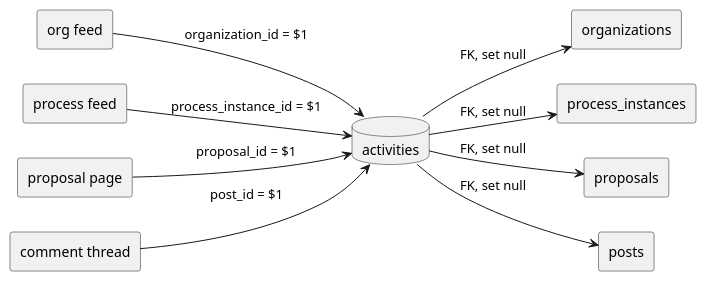
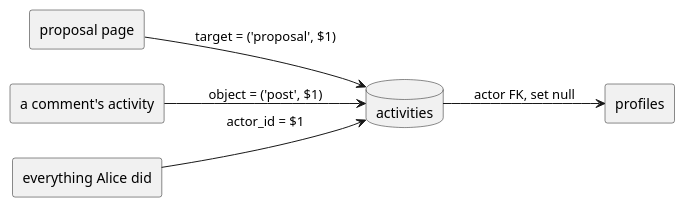
The second of 2 diagrams in notifications/proposal-comment-stack.md (oneprojectorg/technical-presentations), drawn with PlantUML before and after one commit. The commit also changed other lines of this file, not shown here.

First line of the commit message:
Rework the scaling section around the activity-streams shape

````diff
--- a/notifications/proposal-comment-stack.md
+++ b/notifications/proposal-comment-stack.md
@@ -418,22 +420,14 @@
 ```plantuml
 @startuml
 left to right direction
-rectangle "org feed" as OF
-rectangle "process feed" as PF
 rectangle "proposal page" as PR
-rectangle "comment thread" as PO
+rectangle "a comment's activity" as PO
+rectangle "everything Alice did" as AF
 database "activities" as A
-rectangle "organizations" as O
-rectangle "process_instances" as PI
-rectangle "proposals" as P
-rectangle "posts" as PS
-OF --> A : organization_id = $1
-PF --> A : process_instance_id = $1
-PR --> A : proposal_id = $1
-PO --> A : post_id = $1
-A --> O : FK, set null
-A --> PI : FK, set null
-A --> P : FK, set null
-A --> PS : FK, set null
+rectangle "profiles" as P
+PR --> A : target = ('proposal', $1)
+PO --> A : object = ('post', $1)
+AF --> A : actor_id = $1
+A --> P : actor FK, set null
 @enduml
 ```
````
